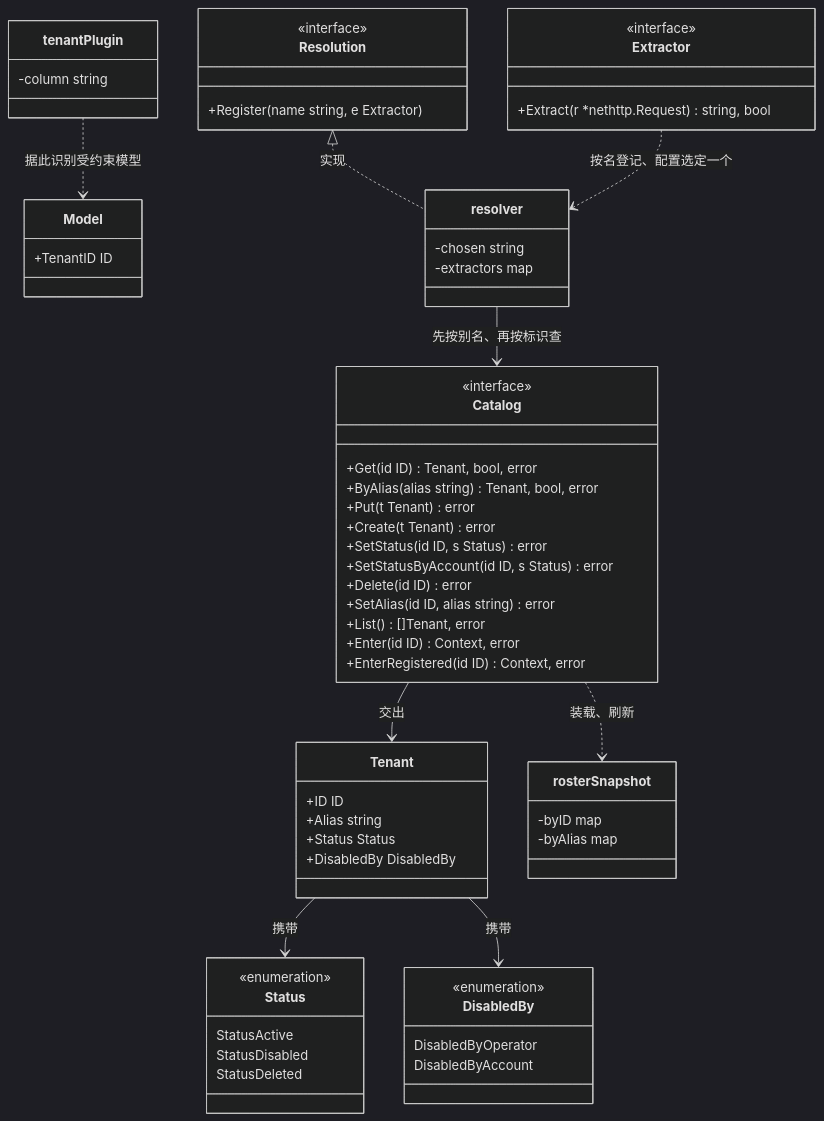
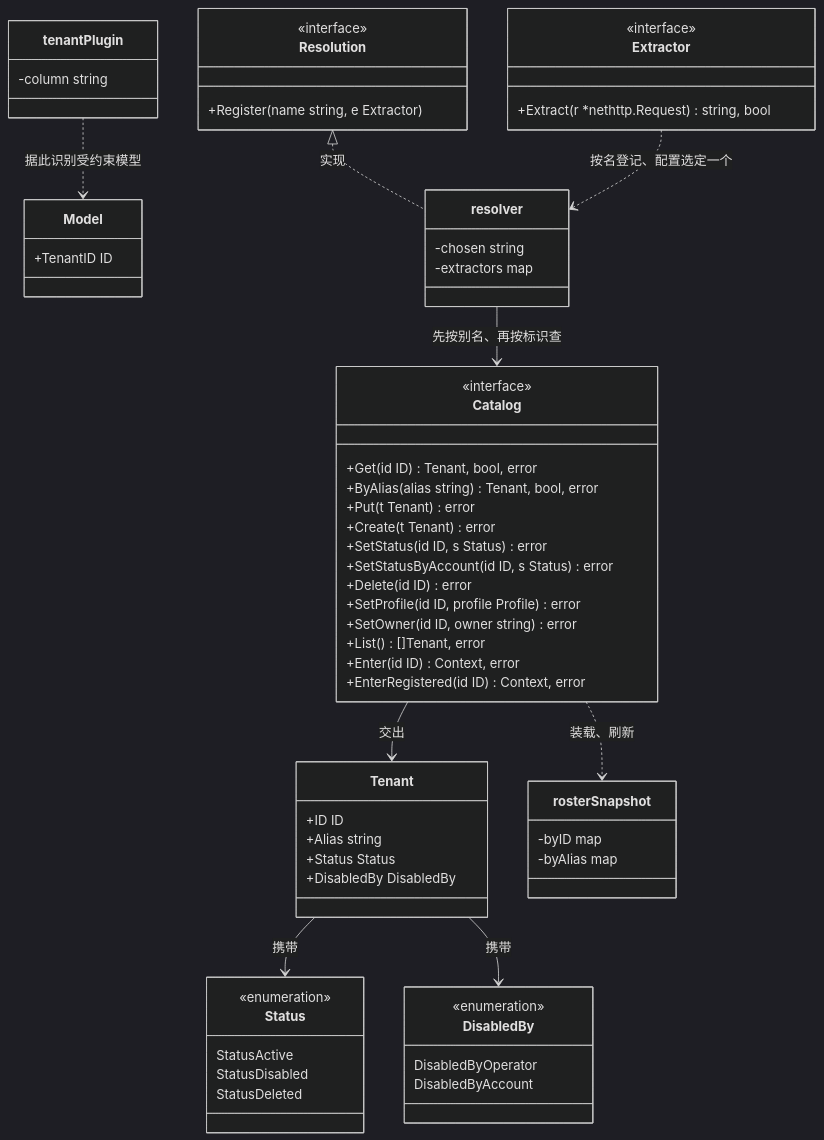
The first of 5 diagrams in docs/design/modules/tenant/design-tenant.md (wangzw/speed), drawn with Mermaid (dark theme) before and after one commit. The commit also changed other lines of this file and 26 other files, not shown here.

````diff
--- a/docs/design/modules/tenant/design-tenant.md
+++ b/docs/design/modules/tenant/design-tenant.md
@@ -502,64 +500,65 @@
 ```mermaid
 classDiagram
     class Resolution {
         <<interface>>
         +Register(name string, e Extractor)
     }
     class Catalog {
         <<interface>>
         +Get(id ID) Tenant, bool, error
         +ByAlias(alias string) Tenant, bool, error
         +Put(t Tenant) error
         +Create(t Tenant) error
         +SetStatus(id ID, s Status) error
         +SetStatusByAccount(id ID, s Status) error
         +Delete(id ID) error
-        +SetAlias(id ID, alias string) error
+        +SetProfile(id ID, profile Profile) error
+        +SetOwner(id ID, owner string) error
         +List() []Tenant, error
         +Enter(id ID) Context, error
         +EnterRegistered(id ID) Context, error
     }
     class Extractor {
         <<interface>>
         +Extract(r *nethttp.Request) string, bool
     }
     class Tenant {
         +ID ID
         +Alias string
         +Status Status
         +DisabledBy DisabledBy
     }
     class Status {
         <<enumeration>>
         StatusActive
         StatusDisabled
         StatusDeleted
     }
     class DisabledBy {
         <<enumeration>>
         DisabledByOperator
         DisabledByAccount
     }
     class Model {
         +TenantID ID
     }
     class rosterSnapshot {
         -byID map
         -byAlias map
     }
     class resolver {
         -chosen string
         -extractors map
     }
     class tenantPlugin {
         -column string
     }
     Resolution <|.. resolver : 实现
     Extractor ..> resolver : 按名登记、配置选定一个
     resolver --> Catalog : 先按别名、再按标识查
     Catalog --> Tenant : 交出
     Tenant --> Status : 携带
     Tenant --> DisabledBy : 携带
     Catalog ..> rosterSnapshot : 装载、刷新
     tenantPlugin ..> Model : 据此识别受约束模型
 ```
````
